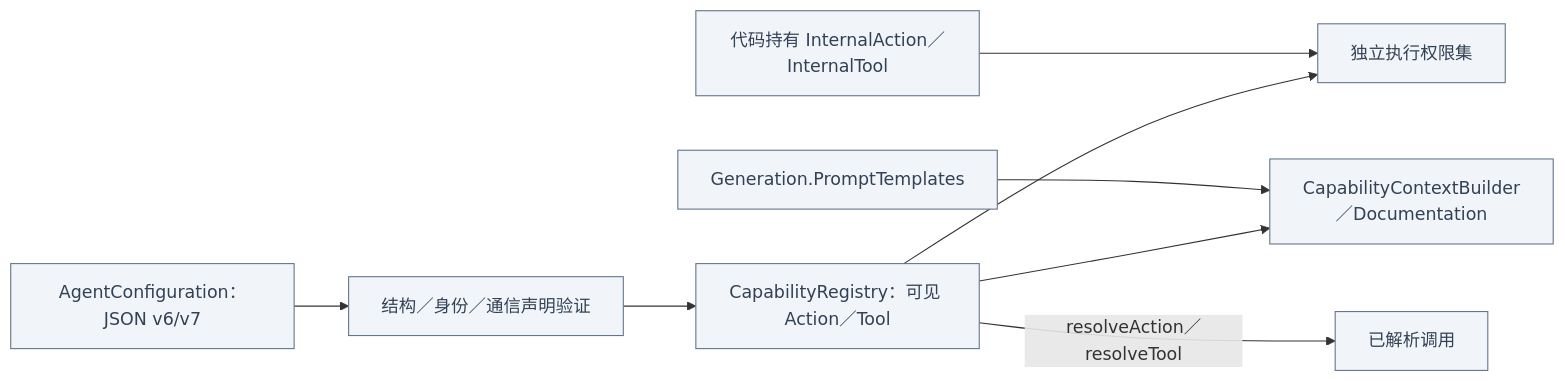
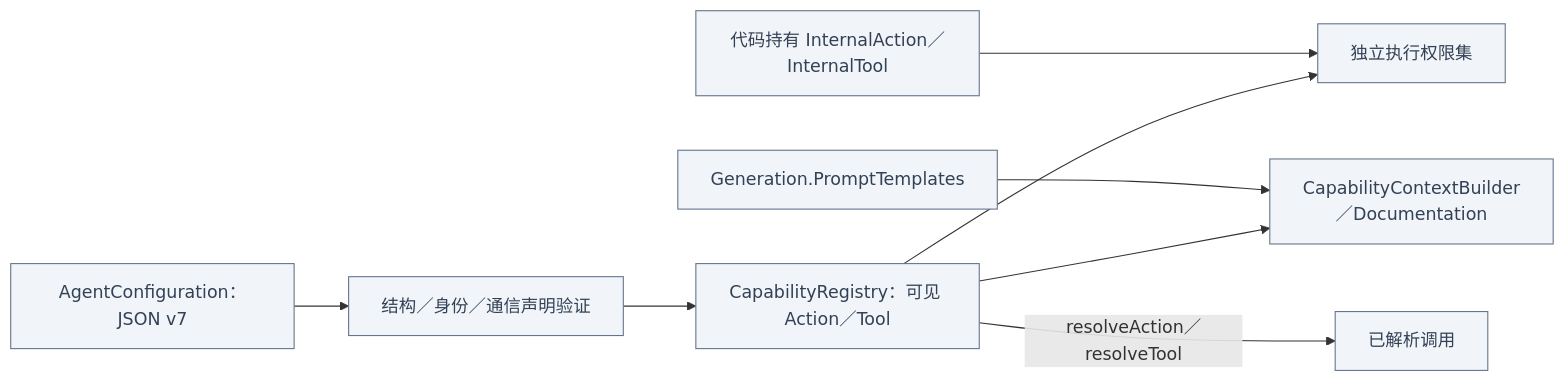
One commit to devilyouwei/MobileHarness changed the second of 2 diagrams in MobileHarness/Agents/Support/Core/Capability/README.md. Above: the diagram before and after it, drawn with Mermaid. The commit also changed other lines of this file and 263 other files, not shown here.

````diff
--- a/MobileHarness/Agents/Support/Core/Capability/README.md
+++ b/MobileHarness/Agents/Support/Core/Capability/README.md
@@ -39,23 +39,23 @@
 ```mermaid
 flowchart LR
- J["AgentConfiguration：JSON v6/v7"]:::host
+ J["AgentConfiguration：JSON v7"]:::host
  V["结构／身份／通信声明验证"]:::host
  R["CapabilityRegistry：可见 Action／Tool"]:::host
  I["代码持有 InternalAction／InternalTool"]:::host
  P["独立执行权限集"]:::host
  B["CapabilityContextBuilder／Documentation"]:::host
  T["Generation.PromptTemplates"]:::host
  J --> V --> R --> B
  R --> P
  I --> P
  T --> B
  R -->|"resolveAction／resolveTool"| O["已解析调用"]:::host
  classDef ui fill:#e0f2fe,stroke:#0284c7,color:#0c4a6e
  classDef platform fill:#dcfce7,stroke:#16a34a,color:#14532d
  classDef model fill:#f3e8ff,stroke:#9333ea,color:#581c87
  classDef storage fill:#fef3c7,stroke:#d97706,color:#78350f
  classDef agent fill:#eef2ff,stroke:#6366f1,color:#312e81
  classDef gateway fill:#ffedd5,stroke:#ea580c,color:#7c2d12
  classDef action fill:#ffe4e6,stroke:#e11d48,color:#881337
  classDef host fill:#f1f5f9,stroke:#64748b,color:#334155
 ```
````
